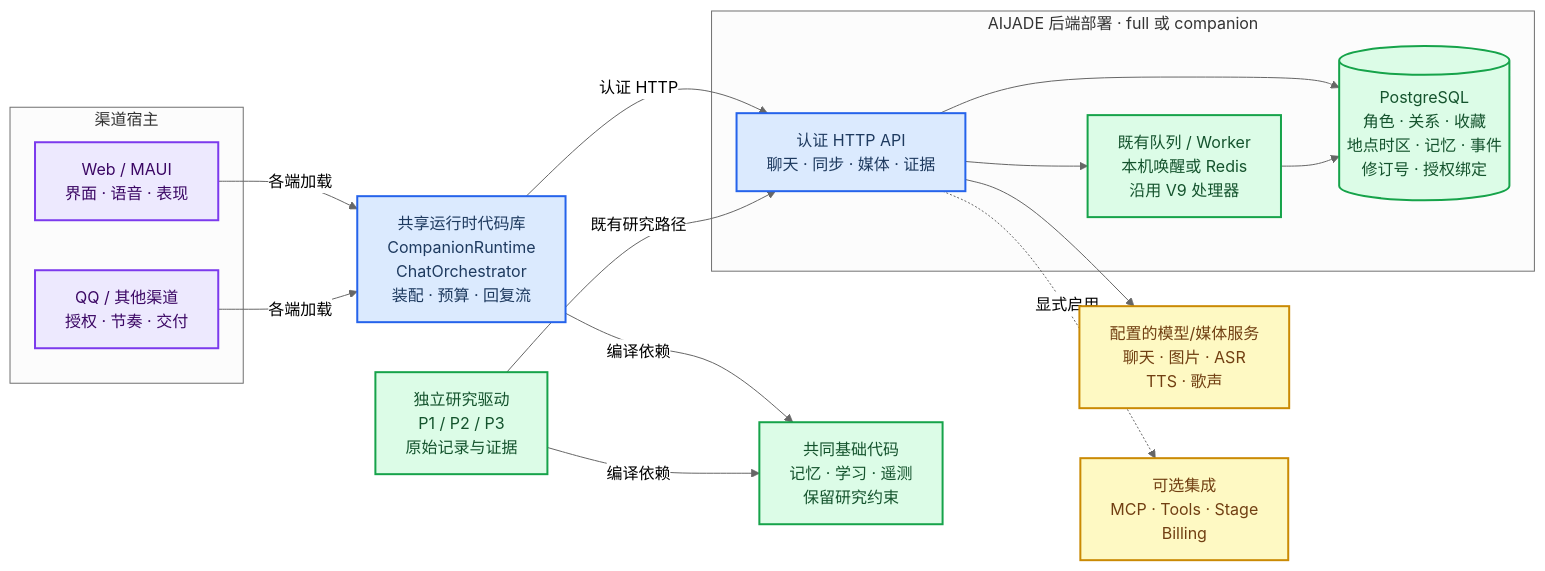
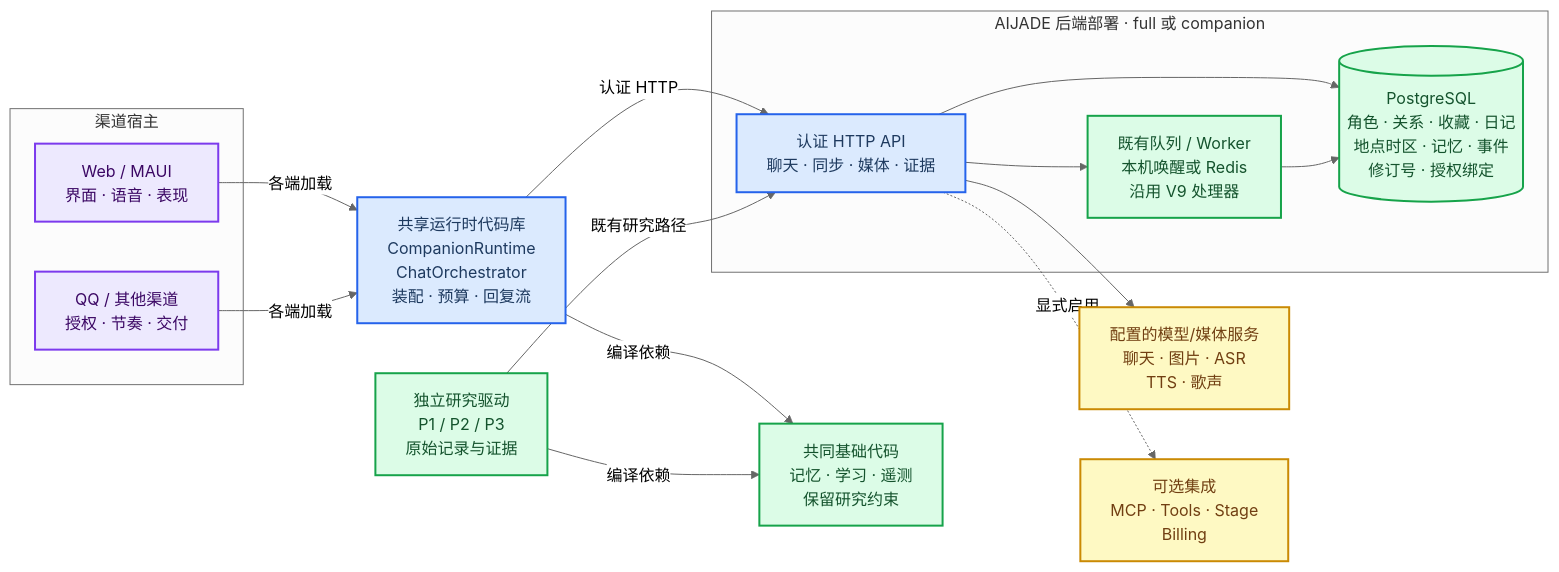
Before and after one commit to korose523/AIJADE: the first of 2 diagrams in docs/ARCHITECTURE.md, drawn with Mermaid (neutral theme). The commit also changed other lines of this file and 97 other files, not shown here.

````diff
--- a/docs/ARCHITECTURE.md
+++ b/docs/ARCHITECTURE.md
@@ -10,38 +10,38 @@
 ```mermaid
 flowchart LR
     accTitle: AIJADE implemented system architecture
     accDescr: Web and bot hosts reuse a shared in-process companion library, call an authenticated server and retain a separate research apparatus. Dashed edges indicate configurable optional integrations.
     subgraph channel_hosts["渠道宿主"]
         web_apps["Web / MAUI<br/>界面 · 语音 · 表现"]
         chat_bots["QQ / 其他渠道<br/>授权 · 节奏 · 交付"]
     end
     companion_runtime["共享运行时代码库<br/>CompanionRuntime<br/>ChatOrchestrator<br/>装配 · 预算 · 回复流"]
     foundation["共同基础代码<br/>记忆 · 学习 · 遥测<br/>保留研究约束"]
     subgraph server_host["AIJADE 后端部署 · full 或 companion"]
         core_api["认证 HTTP API<br/>聊天 · 同步 · 媒体 · 证据"]
-        state_store[("PostgreSQL<br/>角色 · 关系 · 收藏<br/>地点时区 · 记忆 · 事件<br/>修订号 · 授权绑定")]
+        state_store[("PostgreSQL<br/>角色 · 关系 · 收藏 · 日记<br/>地点时区 · 记忆 · 事件<br/>修订号 · 授权绑定")]
         event_worker["既有队列 / Worker<br/>本机唤醒或 Redis<br/>沿用 V9 处理器"]
     end
     model_services["配置的模型/媒体服务<br/>聊天 · 图片 · ASR<br/>TTS · 歌声"]
     optional_integrations["可选集成<br/>MCP · Tools · Stage<br/>Billing"]
     research_drivers["独立研究驱动<br/>P1 / P2 / P3<br/>原始记录与证据"]
     web_apps -->|"各端加载"| companion_runtime
     chat_bots -->|"各端加载"| companion_runtime
     companion_runtime -->|"认证 HTTP"| core_api
     companion_runtime -->|"编译依赖"| foundation
     core_api --> state_store
     core_api --> event_worker
     event_worker --> state_store
     core_api --> model_services
     core_api -.->|"显式启用"| optional_integrations
     research_drivers -->|"既有研究路径"| core_api
     research_drivers -->|"编译依赖"| foundation
     classDef host fill:#ede9fe,stroke:#7c3aed,stroke-width:2px,color:#3b0764
     classDef core fill:#dbeafe,stroke:#2563eb,stroke-width:2px,color:#1e3a5f
     classDef data fill:#dcfce7,stroke:#16a34a,stroke-width:2px,color:#14532d
     classDef optional fill:#fef9c3,stroke:#ca8a04,stroke-width:2px,color:#713f12
     class web_apps,chat_bots host
     class companion_runtime,core_api core
     class foundation,state_store,event_worker,research_drivers data
     class model_services,optional_integrations optional
 ```
````
